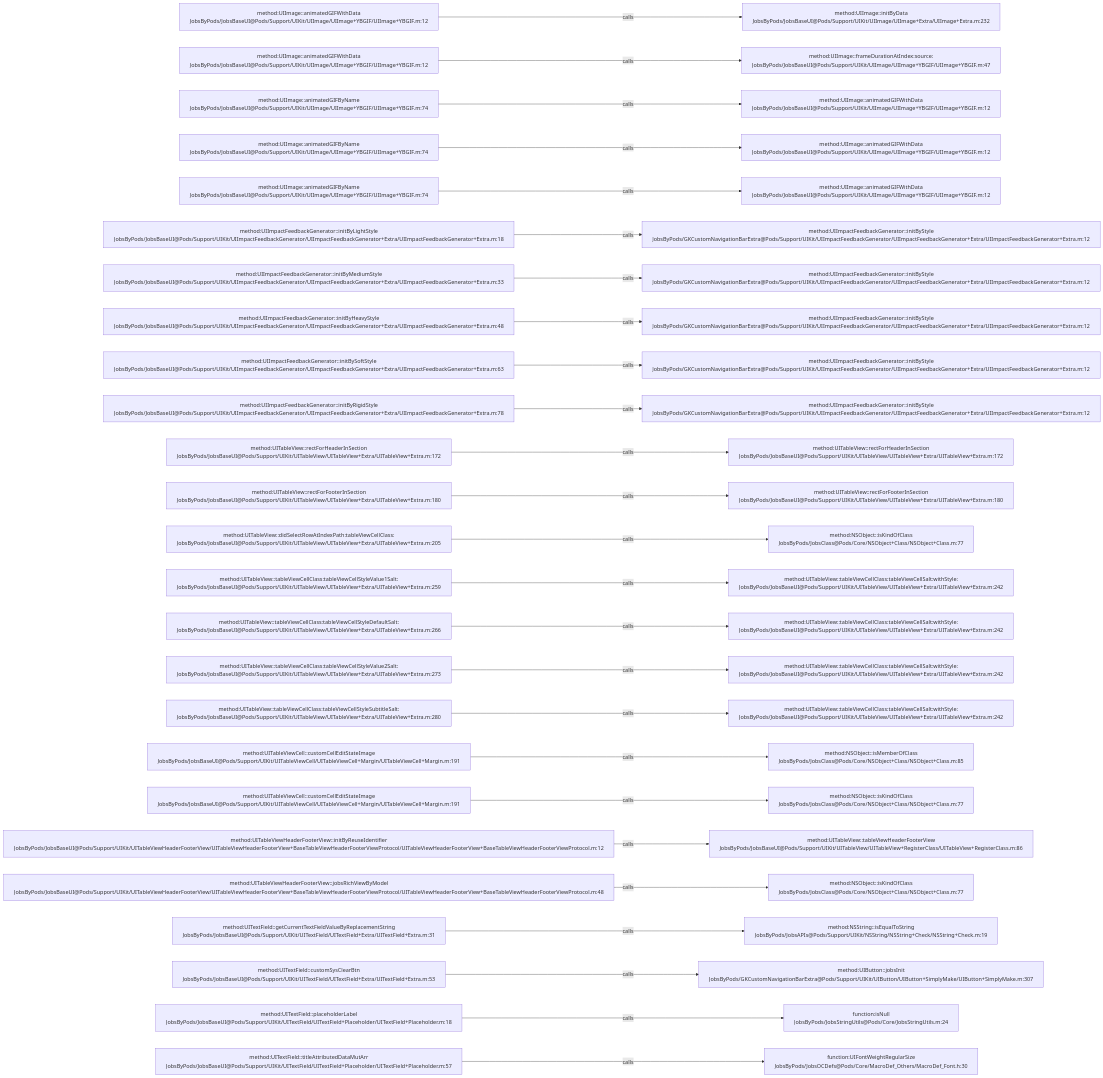
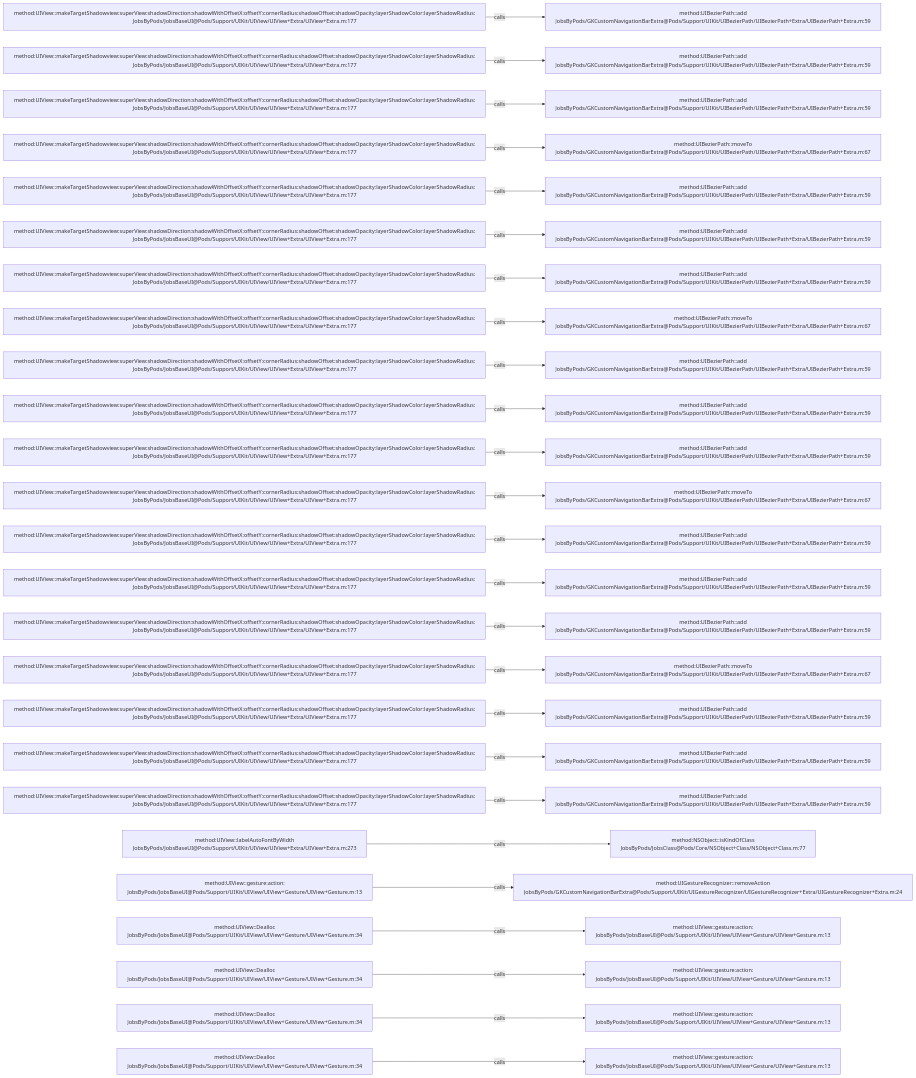
One commit to JobsKits/JobsOCBaseConfigDemo changed the diagram in .codegraph/codegraph.md/graphs/calls-045.md. Above: the diagram before and after it, drawn with Mermaid. The commit also changed 639 other files, not shown here.

````diff
--- a/.codegraph/codegraph.md/graphs/calls-045.md
+++ b/.codegraph/codegraph.md/graphs/calls-045.md
@@ -13,78 +13,78 @@
 ```mermaid
 flowchart LR
-  S1["method:UIImage::animatedGIFWithData<br/>JobsByPods/JobsBaseUI@Pods/Support/UIKit/UIImage/UIImage+YBGIF/UIImage+YBGIF.m:12"]
-  T1["method:UIImage::initByData<br/>JobsByPods/JobsBaseUI@Pods/Support/UIKit/UIImage/UIImage+Extra/UIImage+Extra.m:232"]
+  S1["method:UIView::makeTargetShadowview:superView:shadowDirection:shadowWithOffsetX:offsetY:cornerRadius:shadowOffset:shadowOpacity:layerShadowColor:layerShadowRadius:<br/>JobsByPods/JobsBaseUI@Pods/Support/UIKit/UIView/UIView+Extra/UIView+Extra.m:177"]
+  T1["method:UIBezierPath::add<br/>JobsByPods/GKCustomNavigationBarExtra@Pods/Support/UIKit/UIBezierPath/UIBezierPath+Extra/UIBezierPath+Extra.m:59"]
   S1 -->|calls| T1
-  S2["method:UIImage::animatedGIFWithData<br/>JobsByPods/JobsBaseUI@Pods/Support/UIKit/UIImage/UIImage+YBGIF/UIImage+YBGIF.m:12"]
-  T2["method:UIImage::frameDurationAtIndex:source:<br/>JobsByPods/JobsBaseUI@Pods/Support/UIKit/UIImage/UIImage+YBGIF/UIImage+YBGIF.m:47"]
+  S2["method:UIView::makeTargetShadowview:superView:shadowDirection:shadowWithOffsetX:offsetY:cornerRadius:shadowOffset:shadowOpacity:layerShadowColor:layerShadowRadius:<br/>JobsByPods/JobsBaseUI@Pods/Support/UIKit/UIView/UIView+Extra/UIView+Extra.m:177"]
+  T2["method:UIBezierPath::add<br/>JobsByPods/GKCustomNavigationBarExtra@Pods/Support/UIKit/UIBezierPath/UIBezierPath+Extra/UIBezierPath+Extra.m:59"]
   S2 -->|calls| T2
-  S3["method:UIImage::animatedGIFByName<br/>JobsByPods/JobsBaseUI@Pods/Support/UIKit/UIImage/UIImage+YBGIF/UIImage+YBGIF.m:74"]
-  T3["method:UIImage::animatedGIFWithData<br/>JobsByPods/JobsBaseUI@Pods/Support/UIKit/UIImage/UIImage+YBGIF/UIImage+YBGIF.m:12"]
+  S3["method:UIView::makeTargetShadowview:superView:shadowDirection:shadowWithOffsetX:offsetY:cornerRadius:shadowOffset:shadowOpacity:layerShadowColor:layerShadowRadius:<br/>JobsByPods/JobsBaseUI@Pods/Support/UIKit/UIView/UIView+Extra/UIView+Extra.m:177"]
+  T3["method:UIBezierPath::add<br/>JobsByPods/GKCustomNavigationBarExtra@Pods/Support/UIKit/UIBezierPath/UIBezierPath+Extra/UIBezierPath+Extra.m:59"]
   S3 -->|calls| T3
-  S4["method:UIImage::animatedGIFByName<br/>JobsByPods/JobsBaseUI@Pods/Support/UIKit/UIImage/UIImage+YBGIF/UIImage+YBGIF.m:74"]
-  T4["method:UIImage::animatedGIFWithData<br/>JobsByPods/JobsBaseUI@Pods/Support/UIKit/UIImage/UIImage+YBGIF/UIImage+YBGIF.m:12"]
+  S4["method:UIView::makeTargetShadowview:superView:shadowDirection:shadowWithOffsetX:offsetY:cornerRadius:shadowOffset:shadowOpacity:layerShadowColor:layerShadowRadius:<br/>JobsByPods/JobsBaseUI@Pods/Support/UIKit/UIView/UIView+Extra/UIView+Extra.m:177"]
+  T4["method:UIBezierPath::moveTo<br/>JobsByPods/GKCustomNavigationBarExtra@Pods/Support/UIKit/UIBezierPath/UIBezierPath+Extra/UIBezierPath+Extra.m:67"]
   S4 -->|calls| T4
-  S5["method:UIImage::animatedGIFByName<br/>JobsByPods/JobsBaseUI@Pods/Support/UIKit/UIImage/UIImage+YBGIF/UIImage+YBGIF.m:74"]
-  T5["method:UIImage::animatedGIFWithData<br/>JobsByPods/JobsBaseUI@Pods/Support/UIKit/UIImage/UIImage+YBGIF/UIImage+YBGIF.m:12"]
+  S5["method:UIView::makeTargetShadowview:superView:shadowDirection:shadowWithOffsetX:offsetY:cornerRadius:shadowOffset:shadowOpacity:layerShadowColor:layerShadowRadius:<br/>JobsByPods/JobsBaseUI@Pods/Support/UIKit/UIView/UIView+Extra/UIView+Extra.m:177"]
+  T5["method:UIBezierPath::add<br/>JobsByPods/GKCustomNavigationBarExtra@Pods/Support/UIKit/UIBezierPath/UIBezierPath+Extra/UIBezierPath+Extra.m:59"]
   S5 -->|calls| T5
-  S6["method:UIImpactFeedbackGenerator::initByLightStyle<br/>JobsByPods/JobsBaseUI@Pods/Support/UIKit/UIImpactFeedbackGenerator/UIImpactFeedbackGenerator+Extra/UIImpactFeedbackGenerator+Extra.m:18"]
-  T6["method:UIImpactFeedbackGenerator::initByStyle<br/>JobsByPods/GKCustomNavigationBarExtra@Pods/Support/UIKit/UIImpactFeedbackGenerator/UIImpactFeedbackGenerator+Extra/UIImpactFeedbackGenerator+Extra.m:12"]
+  S6["method:UIView::makeTargetShadowview:superView:shadowDirection:shadowWithOffsetX:offsetY:cornerRadius:shadowOffset:shadowOpacity:layerShadowColor:layerShadowRadius:<br/>JobsByPods/JobsBaseUI@Pods/Support/UIKit/UIView/UIView+Extra/UIView+Extra.m:177"]
+  T6["method:UIBezierPath::add<br/>JobsByPods/GKCustomNavigationBarExtra@Pods/Support/UIKit/UIBezierPath/UIBezierPath+Extra/UIBezierPath+Extra.m:59"]
   S6 -->|calls| T6
-  S7["method:UIImpactFeedbackGenerator::initByMediumStyle<br/>JobsByPods/JobsBaseUI@Pods/Support/UIKit/UIImpactFeedbackGenerator/UIImpactFeedbackGenerator+Extra/UIImpactFeedbackGenerator+Extra.m:33"]
-  T7["method:UIImpactFeedbackGenerator::initByStyle<br/>JobsByPods/GKCustomNavigationBarExtra@Pods/Support/UIKit/UIImpactFeedbackGenerator/UIImpactFeedbackGenerator+Extra/UIImpactFeedbackGenerator+Extra.m:12"]
+  S7["method:UIView::makeTargetShadowview:superView:shadowDirection:shadowWithOffsetX:offsetY:cornerRadius:shadowOffset:shadowOpacity:layerShadowColor:layerShadowRadius:<br/>JobsByPods/JobsBaseUI@Pods/Support/UIKit/UIView/UIView+Extra/UIView+Extra.m:177"]
+  T7["method:UIBezierPath::add<br/>JobsByPods/GKCustomNavigationBarExtra@Pods/Support/UIKit/UIBezierPath/UIBezierPath+Extra/UIBezierPath+Extra.m:59"]
   S7 -->|calls| T7
-  S8["method:UIImpactFeedbackGenerator::initByHeavyStyle<br/>JobsByPods/JobsBaseUI@Pods/Support/UIKit/UIImpactFeedbackGenerator/UIImpactFeedbackGenerator+Extra/UIImpactFeedbackGenerator+Extra.m:48"]
-  T8["method:UIImpactFeedbackGenerator::initByStyle<br/>JobsByPods/GKCustomNavigationBarExtra@Pods/Support/UIKit/UIImpactFeedbackGenerator/UIImpactFeedbackGenerator+Extra/UIImpactFeedbackGenerator+Extra.m:12"]
+  S8["method:UIView::makeTargetShadowview:superView:shadowDirection:shadowWithOffsetX:offsetY:cornerRadius:shadowOffset:shadowOpacity:layerShadowColor:layerShadowRadius:<br/>JobsByPods/JobsBaseUI@Pods/Support/UIKit/UIView/UIView+Extra/UIView+Extra.m:177"]
+  T8["method:UIBezierPath::moveTo<br/>JobsByPods/GKCustomNavigationBarExtra@Pods/Support/UIKit/UIBezierPath/UIBezierPath+Extra/UIBezierPath+Extra.m:67"]
   S8 -->|calls| T8
-  S9["method:UIImpactFeedbackGenerator::initBySoftStyle<br/>JobsByPods/JobsBaseUI@Pods/Support/UIKit/UIImpactFeedbackGenerator/UIImpactFeedbackGenerator+Extra/UIImpactFeedbackGenerator+Extra.m:63"]
-  T9["method:UIImpactFeedbackGenerator::initByStyle<br/>JobsByPods/GKCustomNavigationBarExtra@Pods/Support/UIKit/UIImpactFeedbackGenerator/UIImpactFeedbackGenerator+Extra/UIImpactFeedbackGenerator+Extra.m:12"]
+  S9["method:UIView::makeTargetShadowview:superView:shadowDirection:shadowWithOffsetX:offsetY:cornerRadius:shadowOffset:shadowOpacity:layerShadowColor:layerShadowRadius:<br/>JobsByPods/JobsBaseUI@Pods/Support/UIKit/UIView/UIView+Extra/UIView+Extra.m:177"]
+  T9["method:UIBezierPath::add<br/>JobsByPods/GKCustomNavigationBarExtra@Pods/Support/UIKit/UIBezierPath/UIBezierPath+Extra/UIBezierPath+Extra.m:59"]
   S9 -->|calls| T9
-  S10["method:UIImpactFeedbackGenerator::initByRigidStyle<br/>JobsByPods/JobsBaseUI@Pods/Support/UIKit/UIImpactFeedbackGenerator/UIImpactFeedbackGenerator+Extra/UIImpactFeedbackGenerator+Extra.m:78"]
-  T10["method:UIImpactFeedbackGenerator::initByStyle<br/>JobsByPods/GKCustomNavigationBarExtra@Pods/Support/UIKit/UIImpactFeedbackGenerator/UIImpactFeedbackGenerator+Extra/UIImpactFeedbackGenerator+Extra.m:12"]
+  S10["method:UIView::makeTargetShadowview:superView:shadowDirection:shadowWithOffsetX:offsetY:cornerRadius:shadowOffset:shadowOpacity:layerShadowColor:layerShadowRadius:<br/>JobsByPods/JobsBaseUI@Pods/Support/UIKit/UIView/UIView+Extra/UIView+Extra.m:177"]
+  T10["method:UIBezierPath::add<br/>JobsByPods/GKCustomNavigationBarExtra@Pods/Support/UIKit/UIBezierPath/UIBezierPath+Extra/UIBezierPath+Extra.m:59"]
   S10 -->|calls| T10
-  S11["method:UITableView::rectForHeaderInSection<br/>JobsByPods/JobsBaseUI@Pods/Support/UIKit/UITableView/UITableView+Extra/UITableView+Extra.m:172"]
-  T11["method:UITableView::rectForHeaderInSection<br/>JobsByPods/JobsBaseUI@Pods/Support/UIKit/UITableView/UITableView+Extra/UITableView+Extra.m:172"]
+  S11["method:UIView::makeTargetShadowview:superView:shadowDirection:shadowWithOffsetX:offsetY:cornerRadius:shadowOffset:shadowOpacity:layerShadowColor:layerShadowRadius:<br/>JobsByPods/JobsBaseUI@Pods/Support/UIKit/UIView/UIView+Extra/UIView+Extra.m:177"]
+  T11["method:UIBezierPath::add<br/>JobsByPods/GKCustomNavigationBarExtra@Pods/Support/UIKit/UIBezierPath/UIBezierPath+Extra/UIBezierPath+Extra.m:59"]
   S11 -->|calls| T11
-  S12["method:UITableView::rectForFooterInSection<br/>JobsByPods/JobsBaseUI@Pods/Support/UIKit/UITableView/UITableView+Extra/UITableView+Extra.m:180"]
-  T12["method:UITableView::rectForFooterInSection<br/>JobsByPods/JobsBaseUI@Pods/Support/UIKit/UITableView/UITableView+Extra/UITableView+Extra.m:180"]
+  S12["method:UIView::makeTargetShadowview:superView:shadowDirection:shadowWithOffsetX:offsetY:cornerRadius:shadowOffset:shadowOpacity:layerShadowColor:layerShadowRadius:<br/>JobsByPods/JobsBaseUI@Pods/Support/UIKit/UIView/UIView+Extra/UIView+Extra.m:177"]
+  T12["method:UIBezierPath::moveTo<br/>JobsByPods/GKCustomNavigationBarExtra@Pods/Support/UIKit/UIBezierPath/UIBezierPath+Extra/UIBezierPath+Extra.m:67"]
   S12 -->|calls| T12
-  S13["method:UITableView::didSelectRowAtIndexPath:tableViewCellClass:<br/>JobsByPods/JobsBaseUI@Pods/Support/UIKit/UITableView/UITableView+Extra/UITableView+Extra.m:205"]
-  T13["method:NSObject::isKindOfClass<br/>JobsByPods/JobsClass@Pods/Core/NSObject+Class/NSObject+Class.m:77"]
+  S13["method:UIView::makeTargetShadowview:superView:shadowDirection:shadowWithOffsetX:offsetY:cornerRadius:shadowOffset:shadowOpacity:layerShadowColor:layerShadowRadius:<br/>JobsByPods/JobsBaseUI@Pods/Support/UIKit/UIView/UIView+Extra/UIView+Extra.m:177"]
+  T13["method:UIBezierPath::add<br/>JobsByPods/GKCustomNavigationBarExtra@Pods/Support/UIKit/UIBezierPath/UIBezierPath+Extra/UIBezierPath+Extra.m:59"]
   S13 -->|calls| T13
-  S14["method:UITableView::tableViewCellClass:tableViewCellStyleValue1Salt:<br/>JobsByPods/JobsBaseUI@Pods/Support/UIKit/UITableView/UITableView+Extra/UITableView+Extra.m:259"]
-  T14["method:UITableView::tableViewCellClass:tableViewCellSalt:withStyle:<br/>JobsByPods/JobsBaseUI@Pods/Support/UIKit/UITableView/UITableView+Extra/UITableView+Extra.m:242"]
+  S14["method:UIView::makeTargetShadowview:superView:shadowDirection:shadowWithOffsetX:offsetY:cornerRadius:shadowOffset:shadowOpacity:layerShadowColor:layerShadowRadius:<br/>JobsByPods/JobsBaseUI@Pods/Support/UIKit/UIView/UIView+Extra/UIView+Extra.m:177"]
+  T14["method:UIBezierPath::add<br/>JobsByPods/GKCustomNavigationBarExtra@Pods/Support/UIKit/UIBezierPath/UIBezierPath+Extra/UIBezierPath+Extra.m:59"]
   S14 -->|calls| T14
-  S15["method:UITableView::tableViewCellClass:tableViewCellStyleDefaultSalt:<br/>JobsByPods/JobsBaseUI@Pods/Support/UIKit/UITableView/UITableView+Extra/UITableView+Extra.m:266"]
-  T15["method:UITableView::tableViewCellClass:tableViewCellSalt:withStyle:<br/>JobsByPods/JobsBaseUI@Pods/Support/UIKit/UITableView/UITableView+Extra/UITableView+Extra.m:242"]
+  S15["method:UIView::makeTargetShadowview:superView:shadowDirection:shadowWithOffsetX:offsetY:cornerRadius:shadowOffset:shadowOpacity:layerShadowColor:layerShadowRadius:<br/>JobsByPods/JobsBaseUI@Pods/Support/UIKit/UIView/UIView+Extra/UIView+Extra.m:177"]
+  T15["method:UIBezierPath::add<br/>JobsByPods/GKCustomNavigationBarExtra@Pods/Support/UIKit/UIBezierPath/UIBezierPath+Extra/UIBezierPath+Extra.m:59"]
   S15 -->|calls| T15
-  S16["method:UITableView::tableViewCellClass:tableViewCellStyleValue2Salt:<br/>JobsByPods/JobsBaseUI@Pods/Support/UIKit/UITableView/UITableView+Extra/UITableView+Extra.m:273"]
-  T16["method:UITableView::tableViewCellClass:tableViewCellSalt:withStyle:<br/>JobsByPods/JobsBaseUI@Pods/Support/UIKit/UITableView/UITableView+Extra/UITableView+Extra.m:242"]
+  S16["method:UIView::makeTargetShadowview:superView:shadowDirection:shadowWithOffsetX:offsetY:cornerRadius:shadowOffset:shadowOpacity:layerShadowColor:layerShadowRadius:<br/>JobsByPods/JobsBaseUI@Pods/Support/UIKit/UIView/UIView+Extra/UIView+Extra.m:177"]
+  T16["method:UIBezierPath::moveTo<br/>JobsByPods/GKCustomNavigationBarExtra@Pods/Support/UIKit/UIBezierPath/UIBezierPath+Extra/UIBezierPath+Extra.m:67"]
   S16 -->|calls| T16
-  S17["method:UITableView::tableViewCellClass:tableViewCellStyleSubtitleSalt:<br/>JobsByPods/JobsBaseUI@Pods/Support/UIKit/UITableView/UITableView+Extra/UITableView+Extra.m:280"]
-  T17["method:UITableView::tableViewCellClass:tableViewCellSalt:withStyle:<br/>JobsByPods/JobsBaseUI@Pods/Support/UIKit/UITableView/UITableView+Extra/UITableView+Extra.m:242"]
+  S17["method:UIView::makeTargetShadowview:superView:shadowDirection:shadowWithOffsetX:offsetY:cornerRadius:shadowOffset:shadowOpacity:layerShadowColor:layerShadowRadius:<br/>JobsByPods/JobsBaseUI@Pods/Support/UIKit/UIView/UIView+Extra/UIView+Extra.m:177"]
+  T17["method:UIBezierPath::add<br/>JobsByPods/GKCustomNavigationBarExtra@Pods/Support/UIKit/UIBezierPath/UIBezierPath+Extra/UIBezierPath+Extra.m:59"]
   S17 -->|calls| T17
-  S18["method:UITableViewCell::customCellEditStateImage<br/>JobsByPods/JobsBaseUI@Pods/Support/UIKit/UITableViewCell/UITableViewCell+Margin/UITableViewCell+Margin.m:191"]
-  T18["method:NSObject::isMemberOfClass<br/>JobsByPods/JobsClass@Pods/Core/NSObject+Class/NSObject+Class.m:85"]
+  S18["method:UIView::makeTargetShadowview:superView:shadowDirection:shadowWithOffsetX:offsetY:cornerRadius:shadowOffset:shadowOpacity:layerShadowColor:layerShadowRadius:<br/>JobsByPods/JobsBaseUI@Pods/Support/UIKit/UIView/UIView+Extra/UIView+Extra.m:177"]
+  T18["method:UIBezierPath::add<br/>JobsByPods/GKCustomNavigationBarExtra@Pods/Support/UIKit/UIBezierPath/UIBezierPath+Extra/UIBezierPath+Extra.m:59"]
   S18 -->|calls| T18
-  S19["method:UITableViewCell::customCellEditStateImage<br/>JobsByPods/JobsBaseUI@Pods/Support/UIKit/UITableViewCell/UITableViewCell+Margin/UITableViewCell+Margin.m:191"]
-  T19["method:NSObject::isKindOfClass<br/>JobsByPods/JobsClass@Pods/Core/NSObject+Class/NSObject+Class.m:77"]
+  S19["method:UIView::makeTargetShadowview:superView:shadowDirection:shadowWithOffsetX:offsetY:cornerRadius:shadowOffset:shadowOpacity:layerShadowColor:layerShadowRadius:<br/>JobsByPods/JobsBaseUI@Pods/Support/UIKit/UIView/UIView+Extra/UIView+Extra.m:177"]
+  T19["method:UIBezierPath::add<br/>JobsByPods/GKCustomNavigationBarExtra@Pods/Support/UIKit/UIBezierPath/UIBezierPath+Extra/UIBezierPath+Extra.m:59"]
   S19 -->|calls| T19
-  S20["method:UITableViewHeaderFooterView::initByReuseIdentifier<br/>JobsByPods/JobsBaseUI@Pods/Support/UIKit/UITableViewHeaderFooterView/UITableViewHeaderFooterView+BaseTableViewHeaderFooterViewProtocol/UITableViewHeaderFooterView+BaseTableViewHeaderFooterViewProtocol.m:12"]
-  T20["method:UITableView::tableViewHeaderFooterView<br/>JobsByPods/JobsBaseUI@Pods/Support/UIKit/UITableView/UITableView+RegisterClass/UITableView+RegisterClass.m:86"]
+  S20["method:UIView::labelAutoFontByWidth<br/>JobsByPods/JobsBaseUI@Pods/Support/UIKit/UIView/UIView+Extra/UIView+Extra.m:273"]
+  T20["method:NSObject::isKindOfClass<br/>JobsByPods/JobsClass@Pods/Core/NSObject+Class/NSObject+Class.m:77"]
   S20 -->|calls| T20
-  S21["method:UITableViewHeaderFooterView::jobsRichViewByModel<br/>JobsByPods/JobsBaseUI@Pods/Support/UIKit/UITableViewHeaderFooterView/UITableViewHeaderFooterView+BaseTableViewHeaderFooterViewProtocol/UITableViewHeaderFooterView+BaseTableViewHeaderFooterViewProtocol.m:48"]
-  T21["method:NSObject::isKindOfClass<br/>JobsByPods/JobsClass@Pods/Core/NSObject+Class/NSObject+Class.m:77"]
+  S21["method:UIView::gesture:action:<br/>JobsByPods/JobsBaseUI@Pods/Support/UIKit/UIView/UIView+Gesture/UIView+Gesture.m:13"]
+  T21["method:UIGestureRecognizer::removeAction<br/>JobsByPods/GKCustomNavigationBarExtra@Pods/Support/UIKit/UIGestureRecognizer/UIGestureRecognizer+Extra/UIGestureRecognizer+Extra.m:24"]
   S21 -->|calls| T21
-  S22["method:UITextField::getCurrentTextFieldValueByReplacementString<br/>JobsByPods/JobsBaseUI@Pods/Support/UIKit/UITextField/UITextField+Extra/UITextField+Extra.m:31"]
-  T22["method:NSString::isEqualToString<br/>JobsByPods/JobsAPIs@Pods/Support/UIKit/NSString/NSString+Check/NSString+Check.m:19"]
+  S22["method:UIView::Dealloc<br/>JobsByPods/JobsBaseUI@Pods/Support/UIKit/UIView/UIView+Gesture/UIView+Gesture.m:34"]
+  T22["method:UIView::gesture:action:<br/>JobsByPods/JobsBaseUI@Pods/Support/UIKit/UIView/UIView+Gesture/UIView+Gesture.m:13"]
   S22 -->|calls| T22
-  S23["method:UITextField::customSysClearBtn<br/>JobsByPods/JobsBaseUI@Pods/Support/UIKit/UITextField/UITextField+Extra/UITextField+Extra.m:53"]
-  T23["method:UIButton::jobsInit<br/>JobsByPods/GKCustomNavigationBarExtra@Pods/Support/UIKit/UIButton/UIButton+SimplyMake/UIButton+SimplyMake.m:307"]
+  S23["method:UIView::Dealloc<br/>JobsByPods/JobsBaseUI@Pods/Support/UIKit/UIView/UIView+Gesture/UIView+Gesture.m:34"]
+  T23["method:UIView::gesture:action:<br/>JobsByPods/JobsBaseUI@Pods/Support/UIKit/UIView/UIView+Gesture/UIView+Gesture.m:13"]
   S23 -->|calls| T23
-  S24["method:UITextField::placeholderLabel<br/>JobsByPods/JobsBaseUI@Pods/Support/UIKit/UITextField/UITextField+Placeholder/UITextField+Placeholder.m:18"]
-  T24["function:isNull<br/>JobsByPods/JobsStringUtils@Pods/Core/JobsStringUtils.m:24"]
+  S24["method:UIView::Dealloc<br/>JobsByPods/JobsBaseUI@Pods/Support/UIKit/UIView/UIView+Gesture/UIView+Gesture.m:34"]
+  T24["method:UIView::gesture:action:<br/>JobsByPods/JobsBaseUI@Pods/Support/UIKit/UIView/UIView+Gesture/UIView+Gesture.m:13"]
   S24 -->|calls| T24
-  S25["method:UITextField::titleAttributedDataMutArr<br/>JobsByPods/JobsBaseUI@Pods/Support/UIKit/UITextField/UITextField+Placeholder/UITextField+Placeholder.m:57"]
-  T25["function:UIFontWeightRegularSize<br/>JobsByPods/JobsOCDefs@Pods/Core/MacroDef_Others/MacroDef_Font.h:30"]
+  S25["method:UIView::Dealloc<br/>JobsByPods/JobsBaseUI@Pods/Support/UIKit/UIView/UIView+Gesture/UIView+Gesture.m:34"]
+  T25["method:UIView::gesture:action:<br/>JobsByPods/JobsBaseUI@Pods/Support/UIKit/UIView/UIView+Gesture/UIView+Gesture.m:13"]
   S25 -->|calls| T25
 ```
````
